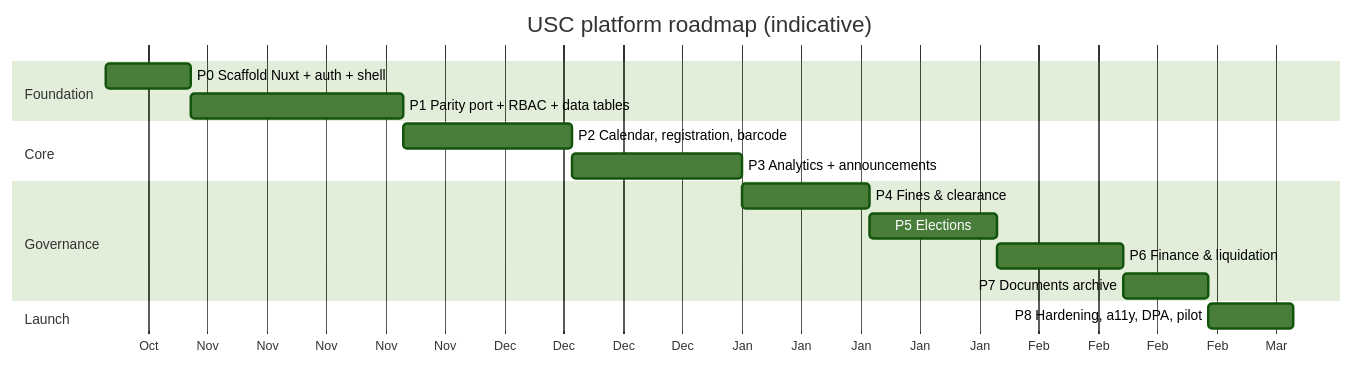
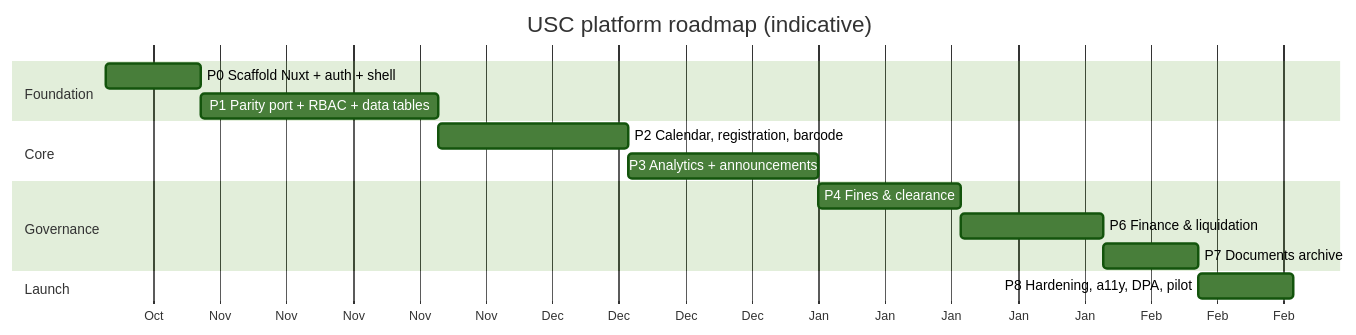
The third of 3 diagrams in docs/PROFESSIONAL-SYSTEM-PLAN.md (J-Akiru5/usc-attendance), drawn with Mermaid (forest theme) before and after one commit. The commit also changed other lines of this file, not shown here.

First line of the commit message:
docs(plan): fold in USC answers - colleges, roster, fines, finance flow, free tiers

````diff
--- a/docs/PROFESSIONAL-SYSTEM-PLAN.md
+++ b/docs/PROFESSIONAL-SYSTEM-PLAN.md
@@ -317,19 +365,18 @@
 ```mermaid
 gantt
   title USC platform roadmap (indicative)
   dateFormat  YYYY-MM-DD
   axisFormat  %b
   section Foundation
   P0 Scaffold Nuxt + auth + shell     :p0, 2026-10-20, 10d
   P1 Parity port + RBAC + data tables :p1, after p0, 25d
   section Core
   P2 Calendar, registration, barcode  :p2, after p1, 20d
   P3 Analytics + announcements        :p3, after p2, 20d
   section Governance
   P4 Fines & clearance                :p4, after p3, 15d
-  P5 Elections                        :p5, after p4, 15d
-  P6 Finance & liquidation            :p6, after p5, 15d
+  P6 Finance & liquidation            :p6, after p4, 15d
   P7 Documents archive                :p7, after p6, 10d
   section Launch
   P8 Hardening, a11y, DPA, pilot      :p8, after p7, 10d
 ```
````
